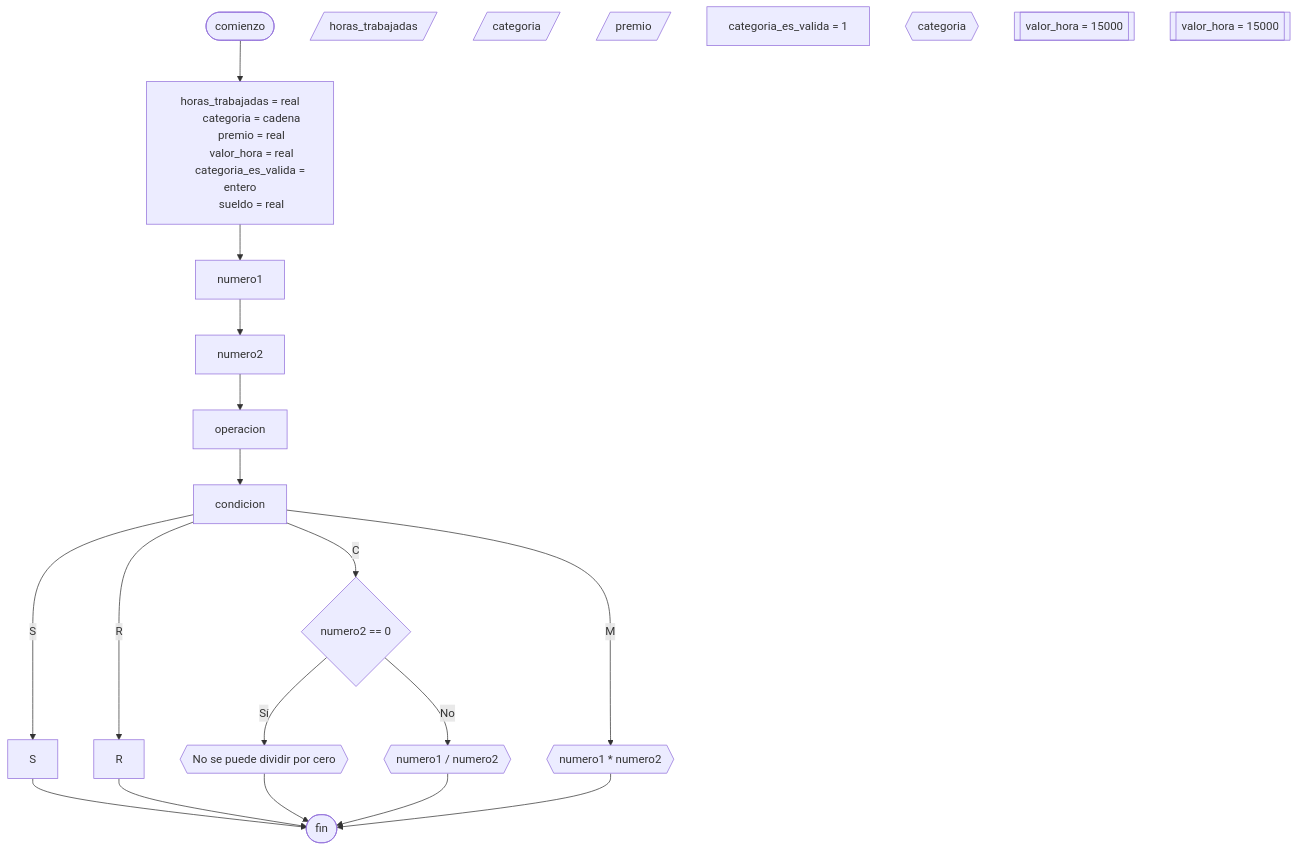
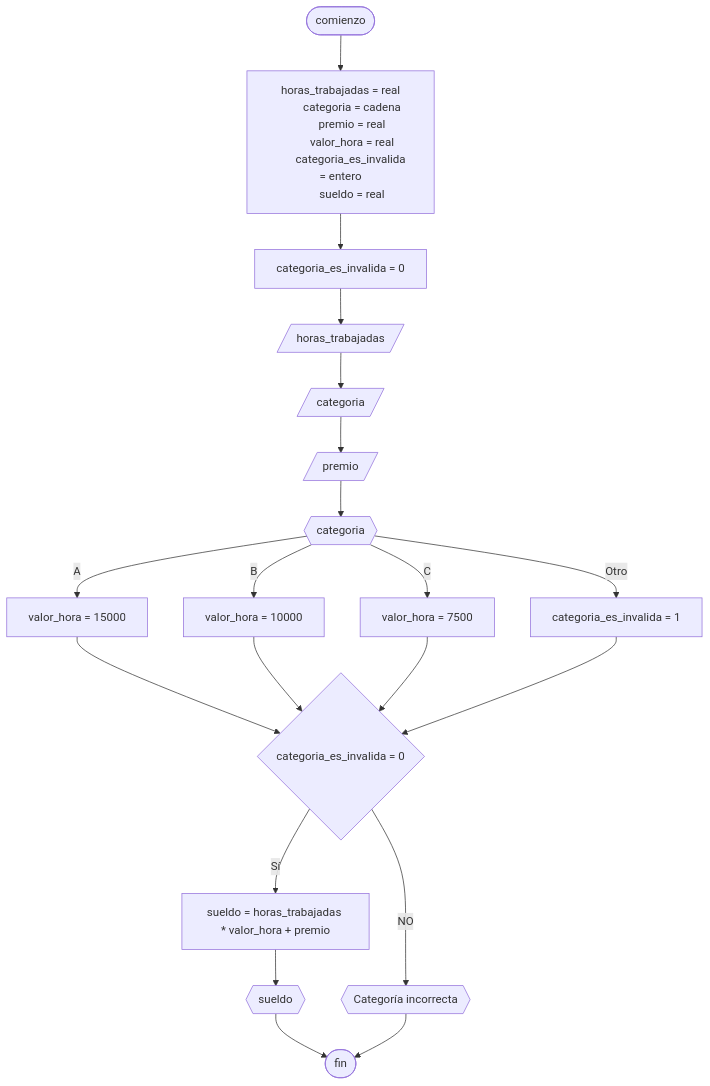
Before and after one commit to martinstanicio/ingenieria-en-sistemas: the diagram in Algoritmos y Estructuras de Datos/Actividades/20240507 - Sueldo.md, drawn with Mermaid. The commit also changed other lines of this file and 6 other files, not shown here.

````diff
--- a/Algoritmos y Estructuras de Datos/Actividades/20240507 - Sueldo.md
+++ b/Algoritmos y Estructuras de Datos/Actividades/20240507 - Sueldo.md
@@ -45,43 +45,44 @@
 ```mermaid
 flowchart TB
 	comienzo([comienzo])
     
 	variables["`horas_trabajadas = real
 	categoria = cadena
 	premio = real
 	valor_hora = real
-	categoria_es_valida = entero
+	categoria_es_invalida = entero
 	sueldo = real`"]
+    
+    categoria_es_invalida["categoria_es_invalida = 0"]
     
 	horas_trabajadas[/horas_trabajadas/]
     categoria[/categoria/]
     premio[/premio/]
     
-    categoria_es_valida["categoria_es_valida = 1"]
     
     match{{categoria}}
     
-    A[["valor_hora = 15000"]]
-    B[["valor_hora = 15000"]]
+    A["valor_hora = 15000"]
+    B["valor_hora = 10000"]
+    C["valor_hora = 7500"]
+    categoria_invalida["categoria_es_invalida = 1"]
     
-    CCondicion{"numero2 == 0"}
-    CSi{{"No se puede dividir por cero"}}
-    CNo{{"numero1 / numero2"}}
+    validez{"categoria_es_invalida = 0"}
     
-	M{{"numero1 * numero2"}}
+    sueldo["sueldo = horas_trabajadas * valor_hora + premio"]
+    mostrar_sueldo{{sueldo}}
+    
+    mostrar_categoria_incorrecta{{"Categoría incorrecta"}}
     
 	fin([fin])
     
-	comienzo --> variables --> numero1 --> numero2 --> operacion --> condicion
-	condicion -- "S" --> S
-	condicion -- "R" --> R
-	condicion -- "C" --> CCondicion
-	CCondicion -- Sí --> CSi
-	CCondicion -- No --> CNo
-	condicion -- "M" --> M
-	S --> fin
-	R --> fin
-	CSi --> fin
-	CNo --> fin
-	M --> fin
+	comienzo --> variables --> categoria_es_invalida --> horas_trabajadas --> categoria --> premio --> match
+	match -- "A" --> A
+	match -- "B" --> B
+	match -- "C" --> C
+	match -- "Otro" --> categoria_invalida
+	A & B & C & categoria_invalida --> validez
+	validez -- Sí --> sueldo --> mostrar_sueldo
+	validez -- NO --> mostrar_categoria_incorrecta
+	mostrar_sueldo & mostrar_categoria_incorrecta --> fin
 ```
````
